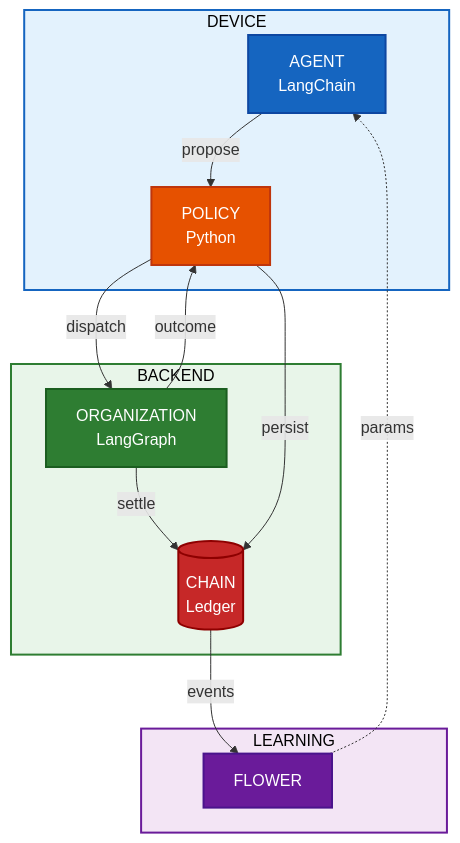
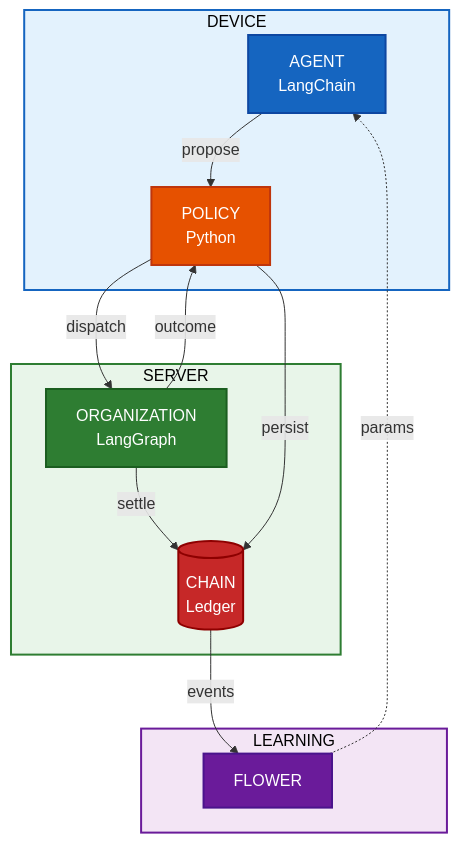
One commit to doyouwantto2/ofmis changed the first of 3 diagrams in README.md. Above: the diagram before and after it, drawn with Mermaid.

````diff
--- a/README.md
+++ b/README.md
@@ -3,34 +3,34 @@
 ```mermaid
 flowchart TB
     subgraph Device["DEVICE"]
         A[AGENT<br/>LangChain]
         P[POLICY<br/>Python]
     end
 
-    subgraph Backend["BACKEND"]
+    subgraph server["SERVER"]
         O[ORGANIZATION<br/>LangGraph]
         C[(CHAIN<br/>Ledger)]
     end
 
     subgraph ML["LEARNING"]
         F[FLOWER]
     end
 
     A -->|propose| P
     P -->|dispatch| O
     O -->|outcome| P
     O -->|settle| C
     P -->|persist| C
     C -->|events| F
     F -.->|params| A
 
     style A fill:#1565C0,color:#FFFFFF,stroke:#0D47A1,stroke-width:2px
     style P fill:#E65100,color:#FFFFFF,stroke:#BF360C,stroke-width:2px
     style O fill:#2E7D32,color:#FFFFFF,stroke:#1B5E20,stroke-width:2px
     style C fill:#C62828,color:#FFFFFF,stroke:#8E0000,stroke-width:2px
     style F fill:#6A1B9A,color:#FFFFFF,stroke:#4A148C,stroke-width:2px
 
     style Device fill:#E3F2FD,stroke:#1565C0,stroke-width:2px,color:#000000
-    style Backend fill:#E8F5E9,stroke:#2E7D32,stroke-width:2px,color:#000000
+    style server fill:#E8F5E9,stroke:#2E7D32,stroke-width:2px,color:#000000
     style ML fill:#F3E5F5,stroke:#6A1B9A,stroke-width:2px,color:#000000
 ```
````
